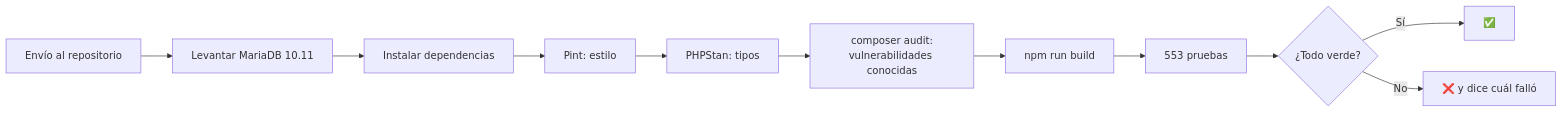
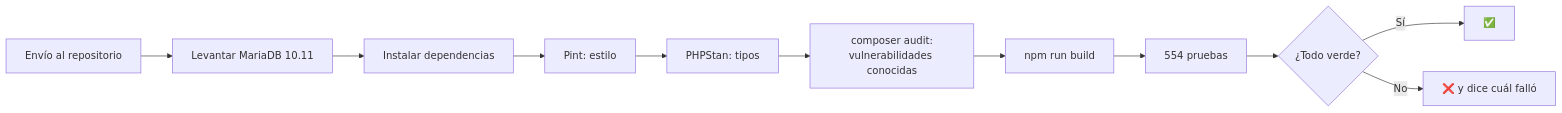
One commit to 75220834-cloud/PROYECTO-TALLER-DE-INV.-1 changed the second of 2 diagrams in docs/tecnica/12-pruebas-y-calidad.md. Above: the diagram before and after it, drawn with Mermaid. The commit also changed other lines of this file and 11 other files, not shown here.

````diff
--- a/docs/tecnica/12-pruebas-y-calidad.md
+++ b/docs/tecnica/12-pruebas-y-calidad.md
@@ -222,13 +222,13 @@
 ```mermaid
 flowchart LR
     A[Envío al repositorio] --> B[Levantar MariaDB 10.11]
     B --> C[Instalar dependencias]
     C --> D[Pint: estilo]
     D --> E[PHPStan: tipos]
     E --> F[composer audit:<br/>vulnerabilidades conocidas]
     F --> G[npm run build]
-    G --> H[553 pruebas]
+    G --> H[554 pruebas]
     H --> I{¿Todo verde?}
     I -->|Sí| J[✅]
     I -->|No| K[❌ y dice cuál falló]
 ```
````
